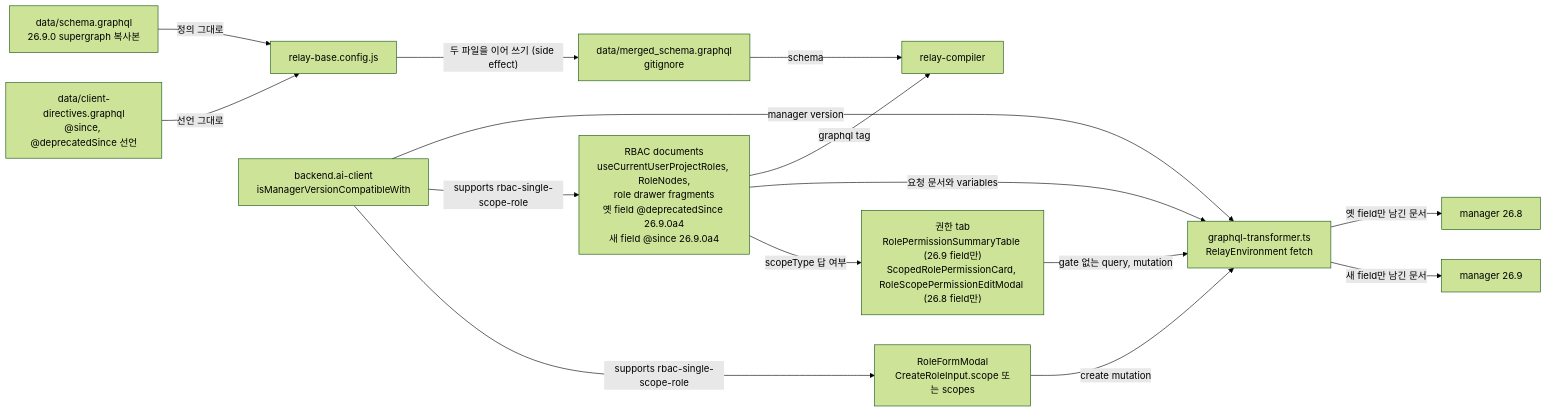
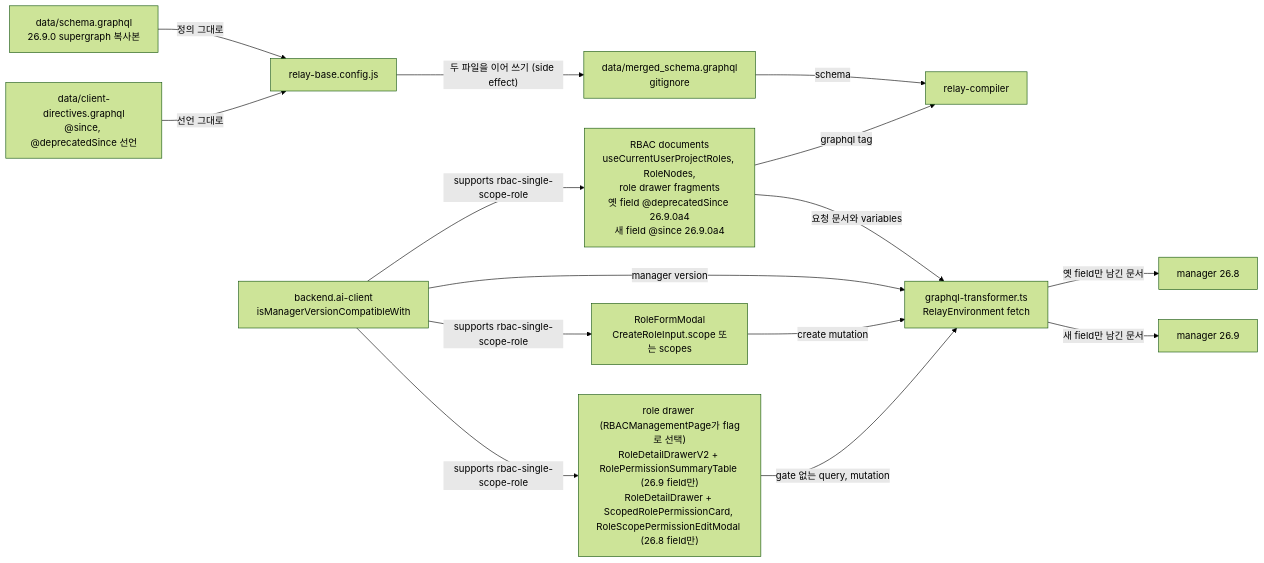
Before and after one commit to lablup/backend.ai-webui: the diagram in docs/adr/0006-version-gated-field-pairs-across-manager-versions.md, drawn with Mermaid (forest theme). The commit also changed other lines of this file and 19 other files, not shown here.

First line of the commit message:
feat(FR-3957): keep the previous role drawer below 26.9.0a4 and pick the V2 drawer by flag

````diff
--- a/docs/adr/0006-version-gated-field-pairs-across-manager-versions.md
+++ b/docs/adr/0006-version-gated-field-pairs-across-manager-versions.md
@@ -35,29 +35,29 @@
 ```mermaid
 flowchart LR
   supergraph["data/schema.graphql<br/>26.9.0 supergraph 복사본"]
   directives["data/client-directives.graphql<br/>@since, @deprecatedSince 선언"]
   config["relay-base.config.js"]
   merged["data/merged_schema.graphql<br/>gitignore"]
   compiler["relay-compiler"]
   hook["RBAC documents<br/>useCurrentUserProjectRoles, RoleNodes,<br/>role drawer fragments<br/>옛 field @deprecatedSince 26.9.0a4<br/>새 field @since 26.9.0a4"]
   form["RoleFormModal<br/>CreateRoleInput.scope 또는 scopes"]
-  permtab["권한 tab<br/>RolePermissionSummaryTable (26.9 field만)<br/>ScopedRolePermissionCard, RoleScopePermissionEditModal (26.8 field만)"]
+  permtab["role drawer (RBACManagementPage가 flag로 선택)<br/>RoleDetailDrawerV2 + RolePermissionSummaryTable (26.9 field만)<br/>RoleDetailDrawer + ScopedRolePermissionCard, RoleScopePermissionEditModal (26.8 field만)"]
   transformer["graphql-transformer.ts<br/>RelayEnvironment fetch"]
   client["backend.ai-client<br/>isManagerVersionCompatibleWith"]
   old["manager 26.8"]
   new["manager 26.9"]
   supergraph -- "정의 그대로" --> config
   directives -- "선언 그대로" --> config
   config -- "두 파일을 이어 쓰기 (side effect)" --> merged
   merged -- "schema" --> compiler
   hook -- "graphql tag" --> compiler
   hook -- "요청 문서와 variables" --> transformer
   client -- "manager version" --> transformer
   client -- "supports rbac-single-scope-role" --> hook
   client -- "supports rbac-single-scope-role" --> form
-  hook -- "scopeType 답 여부" --> permtab
+  client -- "supports rbac-single-scope-role" --> permtab
   form -- "create mutation" --> transformer
   permtab -- "gate 없는 query, mutation" --> transformer
   transformer -- "옛 field만 남긴 문서" --> old
   transformer -- "새 field만 남긴 문서" --> new
 ```
````
